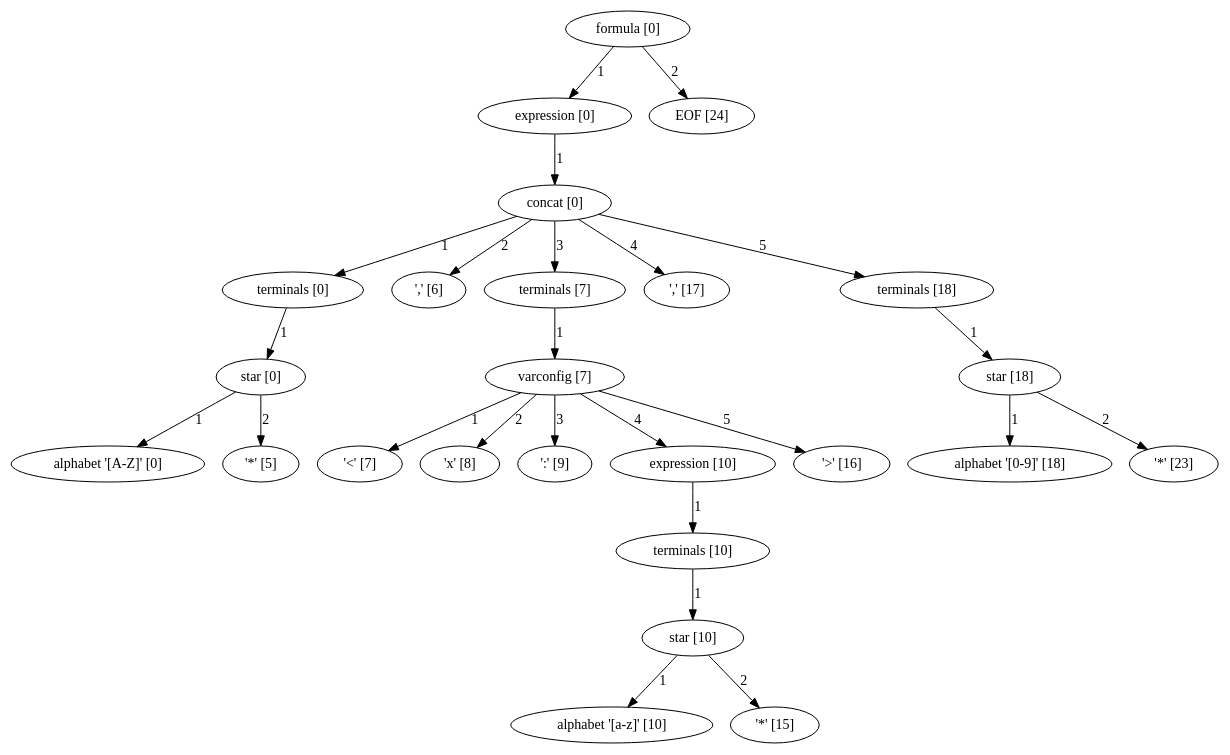
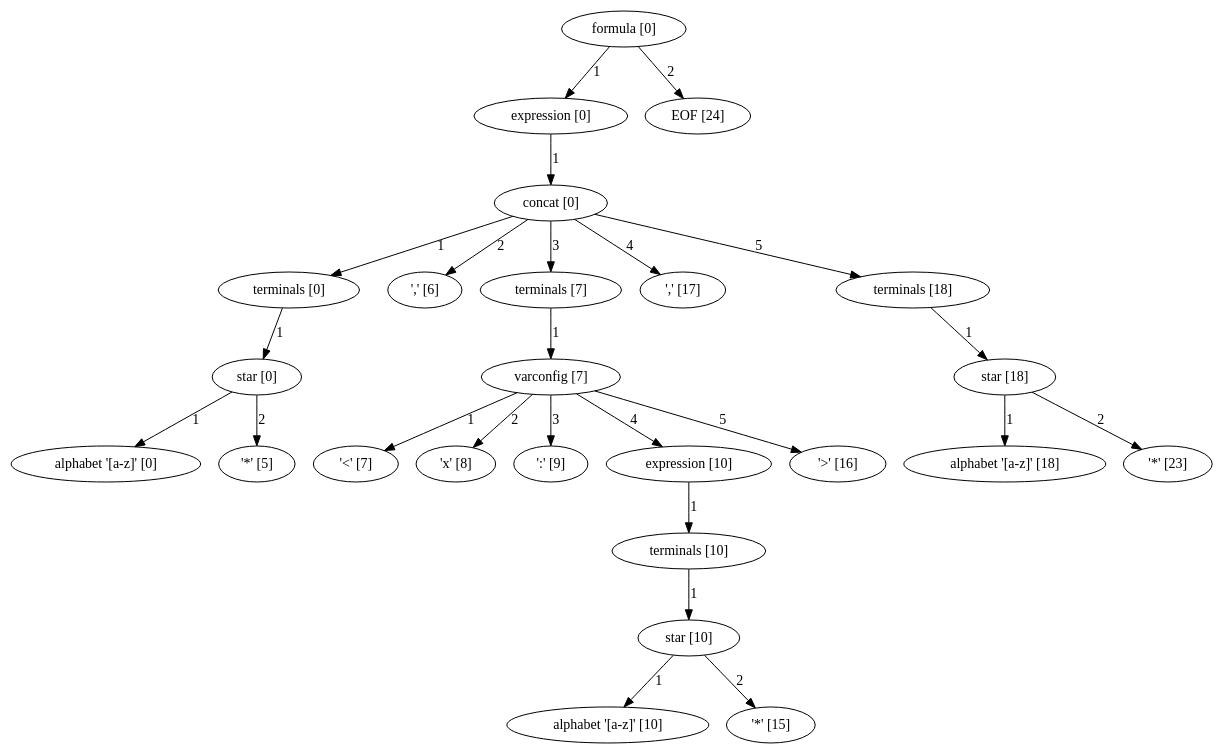
Before and after one commit to yipsimon/DocumentSpanners_MSc: the diagram in formula_parse_tree.dot, drawn with Graphviz. The commit also changed 16 other files, not shown here.

```diff
--- a/formula_parse_tree.dot
+++ b/formula_parse_tree.dot
@@ -1,75 +1,75 @@
 digraph arpeggio_graph {
-139709921429432 [label="formula [0]"];
-139709921429432->139709921428344 [label="1"]
+140047006246976 [label="formula [0]"];
+140047006246976->140047006245888 [label="1"]
 
-139709921428344 [label="expression [0]"];
-139709921428344->139709921428208 [label="1"]
+140047006245888 [label="expression [0]"];
+140047006245888->140047006245752 [label="1"]
 
-139709921428208 [label="concat [0]"];
-139709921428208->139709921388064 [label="1"]
+140047006245752 [label="concat [0]"];
+140047006245752->140047006193320 [label="1"]
 
-139709921388064 [label="terminals [0]"];
-139709921388064->139709921387384 [label="1"]
+140047006193320 [label="terminals [0]"];
+140047006193320->140047006192640 [label="1"]
 
-139709921387384 [label="star [0]"];
-139709921387384->139709930416056 [label="1"]
+140047006192640 [label="star [0]"];
+140047006192640->140047015233352 [label="1"]
 
-139709930416056 [label="alphabet '[A-Z]' [0]"];
-139709921387384->139709930416392 [label="2"]
+140047015233352 [label="alphabet '[a-z]' [0]"];
+140047006192640->140047015233688 [label="2"]
 
-139709930416392 [label=" '*' [5]"];
-139709921428208->139709930416504 [label="2"]
+140047015233688 [label=" '*' [5]"];
+140047006245752->140047015233800 [label="2"]
 
-139709930416504 [label=" ',' [6]"];
-139709921428208->139709921429160 [label="3"]
+140047015233800 [label=" ',' [6]"];
+140047006245752->140047006246704 [label="3"]
 
-139709921429160 [label="terminals [7]"];
-139709921429160->139709921429024 [label="1"]
+140047006246704 [label="terminals [7]"];
+140047006246704->140047006246568 [label="1"]
 
-139709921429024 [label="varconfig [7]"];
-139709921429024->139709930415832 [label="1"]
+140047006246568 [label="varconfig [7]"];
+140047006246568->140047015233128 [label="1"]
 
-139709930415832 [label=" '<' [7]"];
-139709921429024->139709930416616 [label="2"]
+140047015233128 [label=" '<' [7]"];
+140047006246568->140047015233912 [label="2"]
 
-139709930416616 [label=" 'x' [8]"];
-139709921429024->139709930416728 [label="3"]
+140047015233912 [label=" 'x' [8]"];
+140047006246568->140047015234024 [label="3"]
 
-139709930416728 [label=" ':' [9]"];
-139709921429024->139709921428888 [label="4"]
+140047015234024 [label=" ':' [9]"];
+140047006246568->140047006246432 [label="4"]
 
-139709921428888 [label="expression [10]"];
-139709921428888->139709921428752 [label="1"]
+140047006246432 [label="expression [10]"];
+140047006246432->140047006246296 [label="1"]
 
-139709921428752 [label="terminals [10]"];
-139709921428752->139709921428616 [label="1"]
+140047006246296 [label="terminals [10]"];
+140047006246296->140047006246160 [label="1"]
 
-139709921428616 [label="star [10]"];
-139709921428616->139709930417512 [label="1"]
+140047006246160 [label="star [10]"];
+140047006246160->140047015234808 [label="1"]
 
-139709930417512 [label="alphabet '[a-z]' [10]"];
-139709921428616->139709930417736 [label="2"]
+140047015234808 [label="alphabet '[a-z]' [10]"];
+140047006246160->140047015235032 [label="2"]
 
-139709930417736 [label=" '*' [15]"];
-139709921429024->139709930417624 [label="5"]
+140047015235032 [label=" '*' [15]"];
+140047006246568->140047015234920 [label="5"]
 
-139709930417624 [label=" '>' [16]"];
-139709921428208->139709930417848 [label="4"]
+140047015234920 [label=" '>' [16]"];
+140047006245752->140047015235144 [label="4"]
 
-139709930417848 [label=" ',' [17]"];
-139709921428208->139709921428480 [label="5"]
+140047015235144 [label=" ',' [17]"];
+140047006245752->140047006246024 [label="5"]
 
-139709921428480 [label="terminals [18]"];
-139709921428480->139709921387520 [label="1"]
+140047006246024 [label="terminals [18]"];
+140047006246024->140047006192776 [label="1"]
 
-139709921387520 [label="star [18]"];
-139709921387520->139709930417400 [label="1"]
+140047006192776 [label="star [18]"];
+140047006192776->140047015234696 [label="1"]
 
-139709930417400 [label="alphabet '[0-9]' [18]"];
-139709921387520->139709930417176 [label="2"]
+140047015234696 [label="alphabet '[a-z]' [18]"];
+140047006192776->140047015234472 [label="2"]
 
-139709930417176 [label=" '*' [23]"];
-139709921429432->139709930417288 [label="2"]
+140047015234472 [label=" '*' [23]"];
+140047006246976->140047015234584 [label="2"]
 
-139709930417288 [label="EOF [24]"];
+140047015234584 [label="EOF [24]"];
 }
```
